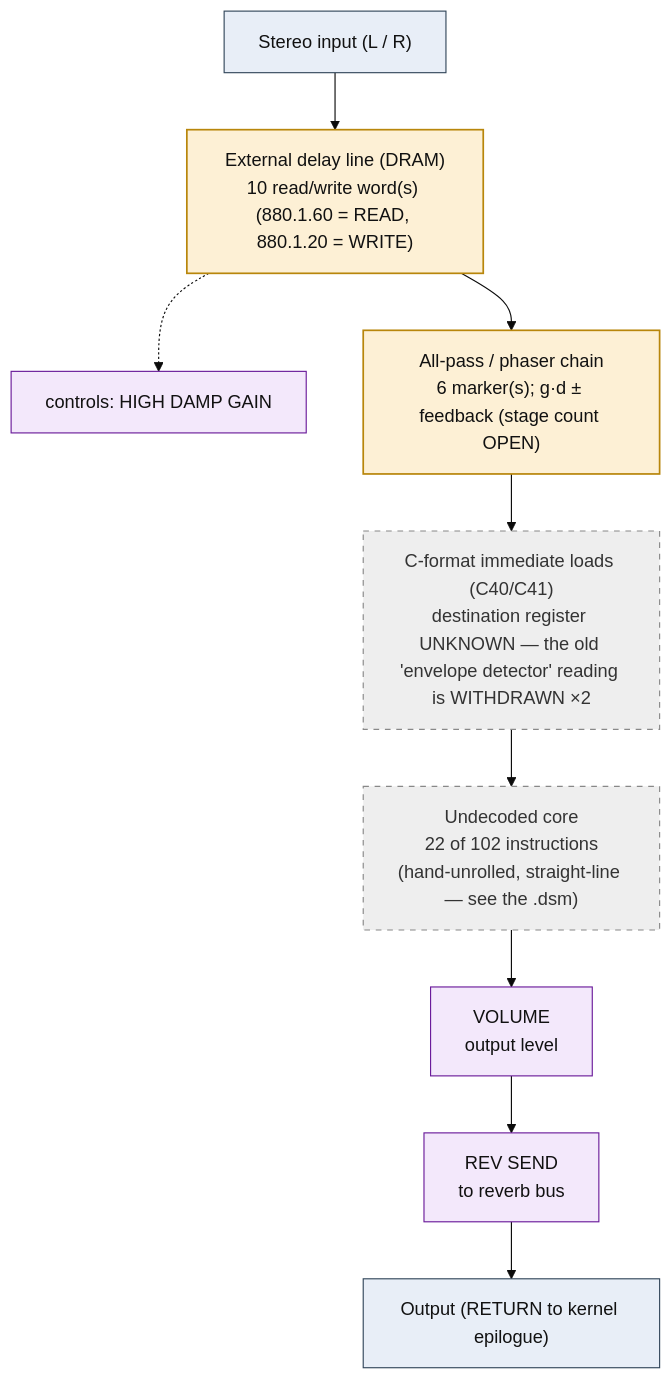
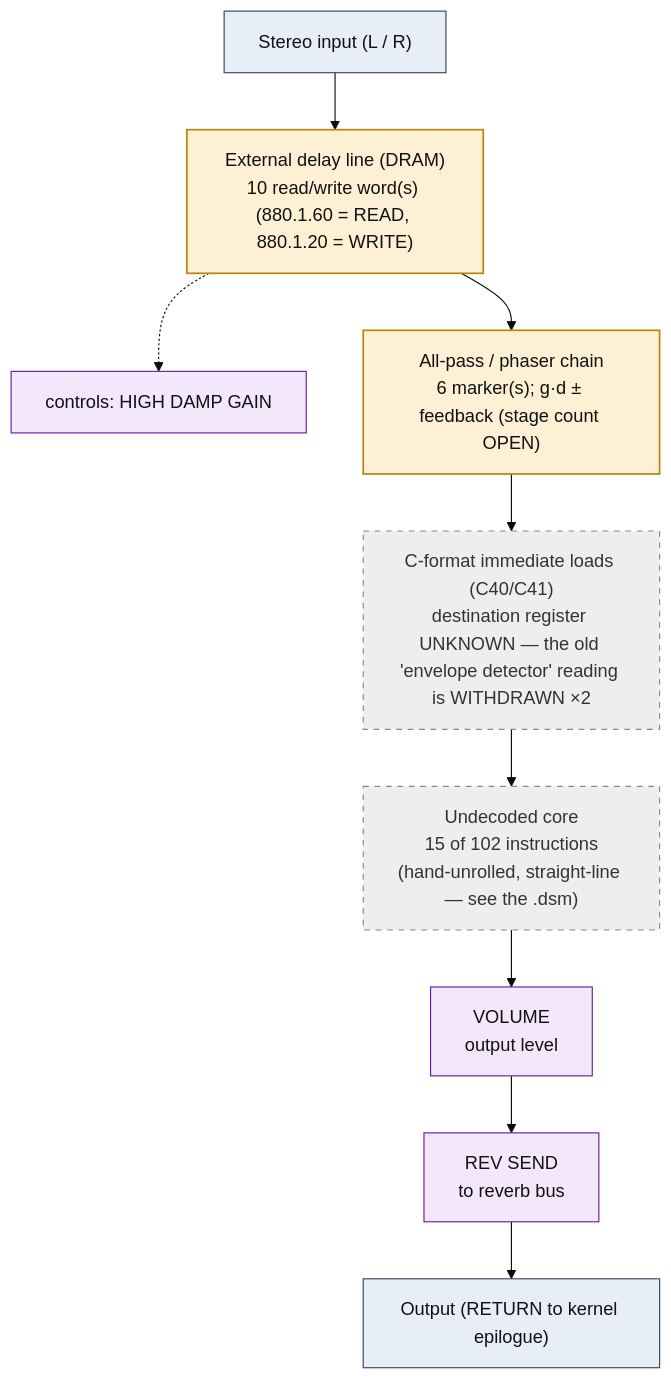
The diagram in dsp/flowcharts/prog08_gated_reverb.md (ArqueologiaDigital/kn5000-roms-disasm), drawn with Mermaid (base theme) before and after one commit. The commit also changed other lines of this file and 78 other files, not shown here.

````diff
--- a/dsp/flowcharts/prog08_gated_reverb.md
+++ b/dsp/flowcharts/prog08_gated_reverb.md
@@ -12,31 +12,31 @@
 ```mermaid
 flowchart TD
     N0["Stereo input (L / R)"]
     N1["External delay line (DRAM)<br/>10 read/write word(s) (880.1.60 = READ, 880.1.20 = WRITE)"]
     N0 --> N1
     N2["controls: HIGH DAMP GAIN"]
     N1 -.-> N2
     N3["All-pass / phaser chain<br/>6 marker(s); g&middot;d &plusmn; feedback (stage count OPEN)"]
     N1 --> N3
     N4["C-format immediate loads (C40/C41)<br/>destination register UNKNOWN &mdash; the old 'envelope detector' reading is WITHDRAWN &times;2"]
     N3 --> N4
-    N5["Undecoded core<br/>22 of 102 instructions<br/>(hand-unrolled, straight-line &mdash; see the .dsm)"]
+    N5["Undecoded core<br/>15 of 102 instructions<br/>(hand-unrolled, straight-line &mdash; see the .dsm)"]
     N4 --> N5
     N6["VOLUME<br/>output level"]
     N5 --> N6
     N7["REV SEND<br/>to reverb bus"]
     N6 --> N7
     N8["Output (RETURN to kernel epilogue)"]
     N7 --> N8
 
     classDef io fill:#e8eef7,stroke:#33475b,stroke-width:1px,color:#111;
     classDef proven fill:#d7f0d7,stroke:#2e7d32,stroke-width:2px,color:#111;
     classDef measured fill:#dbe9fb,stroke:#1565c0,stroke-width:1.5px,color:#111;
     classDef inferred fill:#fdf0d5,stroke:#b8860b,stroke-width:1.5px,color:#111;
     classDef open fill:#eeeeee,stroke:#888,stroke-width:1px,color:#333,stroke-dasharray:5 5;
     classDef ctrl fill:#f3e8fb,stroke:#6a1b9a,stroke-width:1px,color:#111;
     class N0,N8 io;
     class N1,N3 inferred;
     class N2,N6,N7 ctrl;
     class N4,N5 open;
 ```
````
